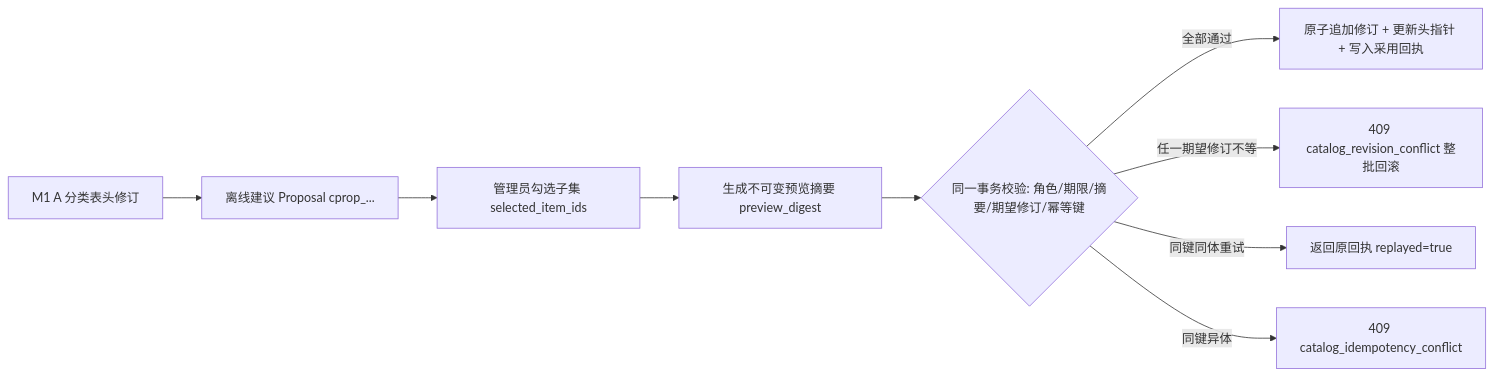
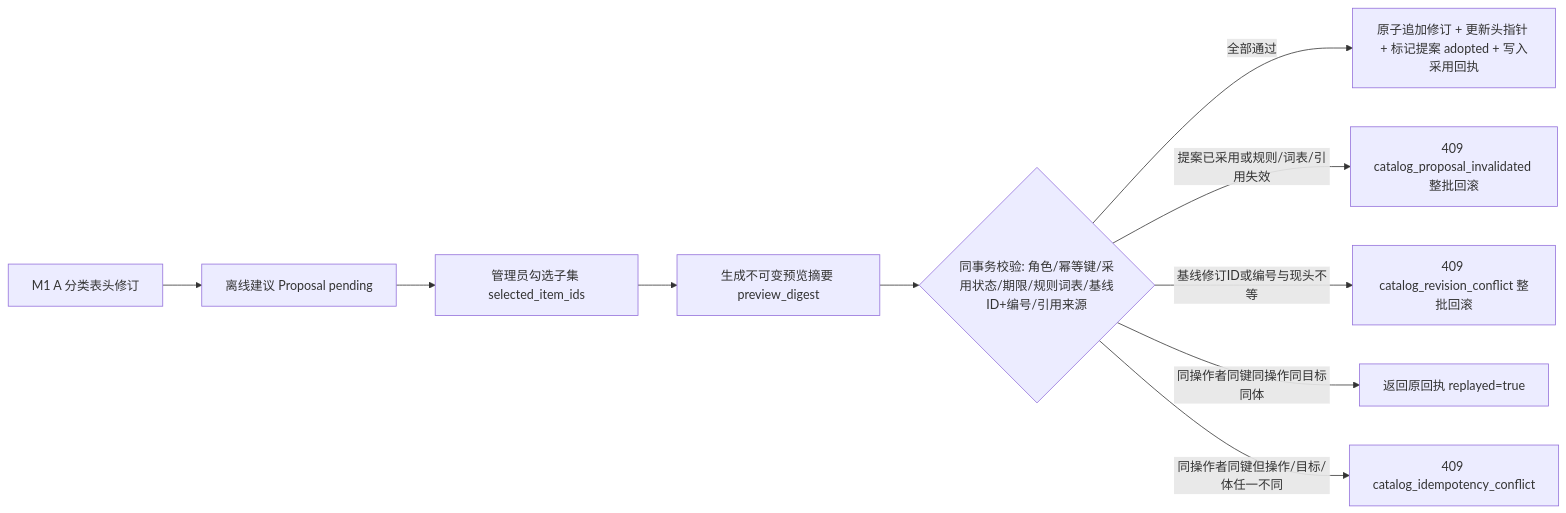
One commit to ZichenYang-glitch/ENCODE-style-ChIPseq-CUT-Tag-pipeline changed the diagram in docs/architecture/experiment-catalog-m2-preview-contract.md. Above: the diagram before and after it, drawn with Mermaid. The commit also changed other lines of this file and 3 other files, not shown here.

Commit message:
IRENE-27: Address review findings on proposal adoption, redaction, provenance, and idempotency scope

````diff
--- a/docs/architecture/experiment-catalog-m2-preview-contract.md
+++ b/docs/architecture/experiment-catalog-m2-preview-contract.md
@@ -45,11 +47,12 @@
 ```mermaid
 flowchart LR
-    Catalog[M1 A 分类表头修订] --> Proposal[离线建议 Proposal cprop_...]
+    Catalog[M1 A 分类表头修订] --> Proposal[离线建议 Proposal pending]
     Proposal --> AdminSelect[管理员勾选子集 selected_item_ids]
     AdminSelect --> Preview[生成不可变预览摘要 preview_digest]
-    Preview --> Check{同一事务校验: 角色/期限/摘要/期望修订/幂等键}
-    Check -->|全部通过| Commit[原子追加修订 + 更新头指针 + 写入采用回执]
-    Check -->|任一期望修订不等| Conflict[409 catalog_revision_conflict 整批回滚]
-    Check -->|同键同体重试| Replay[返回原回执 replayed=true]
-    Check -->|同键异体| IdemConflict[409 catalog_idempotency_conflict]
+    Preview --> Check{同事务校验: 角色/幂等键/采用状态/期限/规则词表/基线ID+编号/引用来源}
+    Check -->|全部通过| Commit[原子追加修订 + 更新头指针 + 标记提案 adopted + 写入采用回执]
+    Check -->|提案已采用或规则/词表/引用失效| Invalidated[409 catalog_proposal_invalidated 整批回滚]
+    Check -->|基线修订ID或编号与现头不等| Conflict[409 catalog_revision_conflict 整批回滚]
+    Check -->|同操作者同键同操作同目标同体| Replay[返回原回执 replayed=true]
+    Check -->|同操作者同键但操作/目标/体任一不同| IdemConflict[409 catalog_idempotency_conflict]
 ```
````
